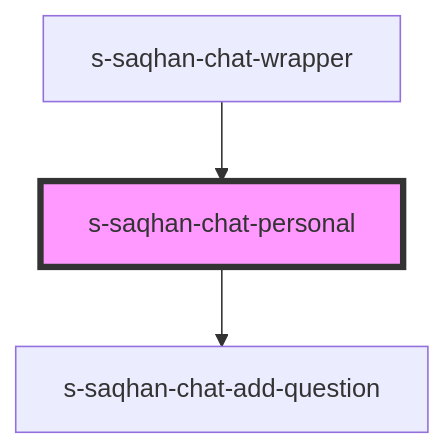
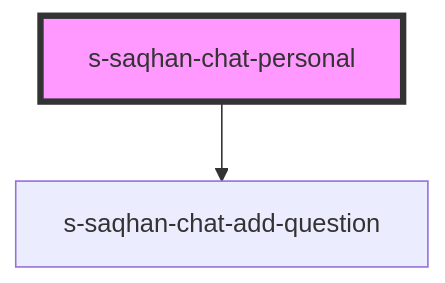
The diagram in src/components/module/module-chat/res/view/s-saqhan-chat-app/res/view/s-saqhan-chat-personal/readme.md (saqhan/stencil-chat), drawn with Mermaid before and after one commit. The commit also changed other lines of this file and 13 other files, not shown here.

````diff
--- a/src/components/module/module-chat/res/view/s-saqhan-chat-app/res/view/s-saqhan-chat-personal/readme.md
+++ b/src/components/module/module-chat/res/view/s-saqhan-chat-app/res/view/s-saqhan-chat-personal/readme.md
@@ -26,6 +29,5 @@
 ```mermaid
 graph TD;
   s-saqhan-chat-personal --> s-saqhan-chat-add-question
-  s-saqhan-chat-wrapper --> s-saqhan-chat-personal
   style s-saqhan-chat-personal fill:#f9f,stroke:#333,stroke-width:4px
 ```
````
